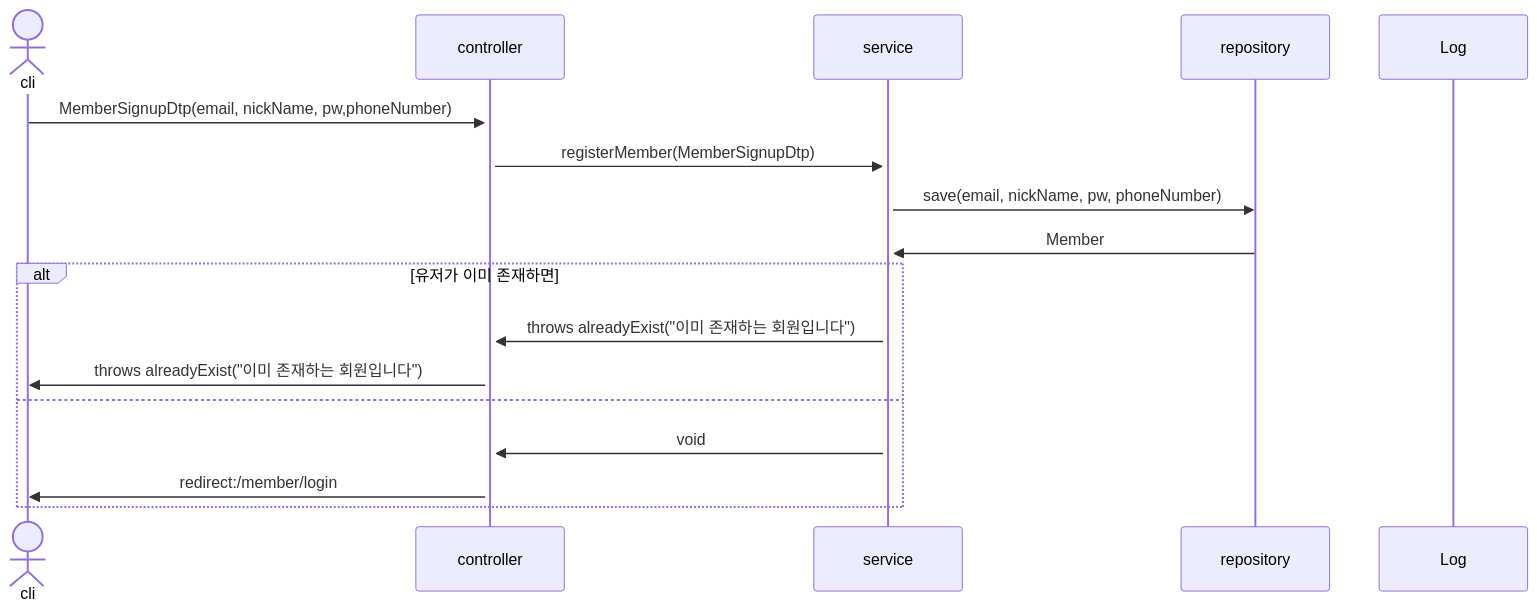
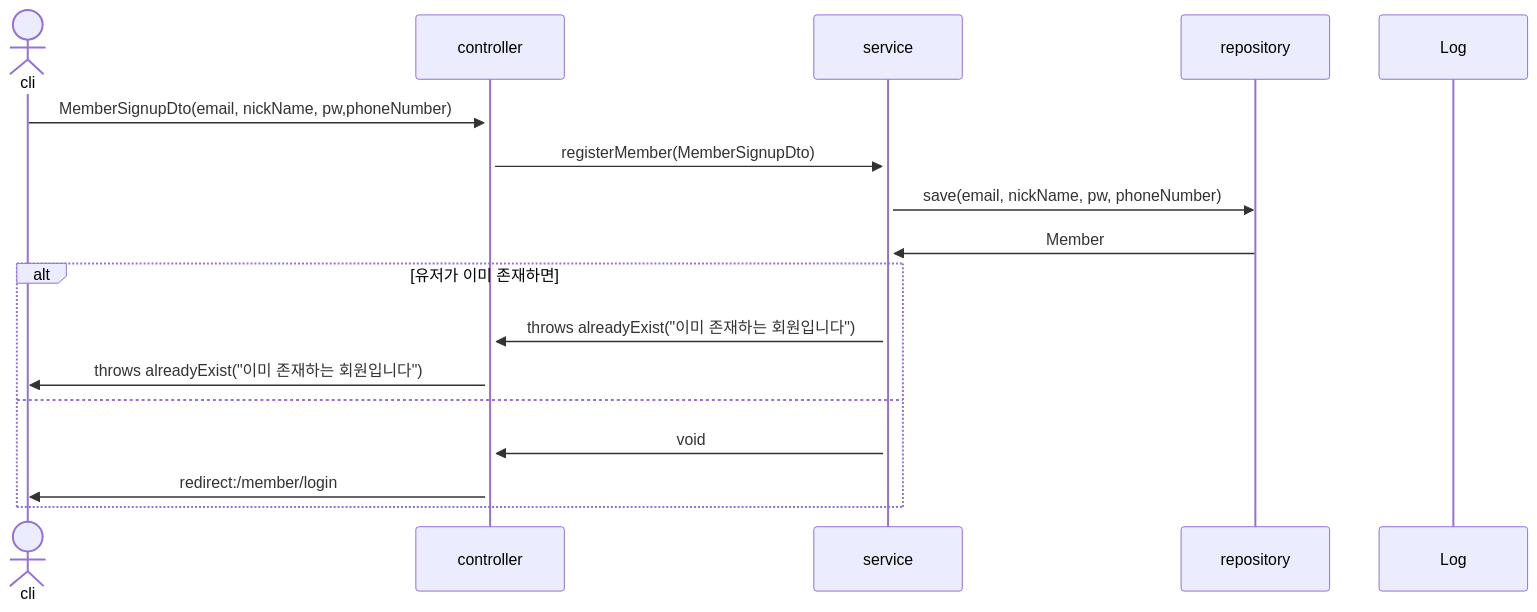
One commit to mtak0235/snsX changed the third of 30 diagrams in sequence.md. Above: the diagram before and after it, drawn with Mermaid. The commit also changed other lines of this file, not shown here.

Commit message:
update settingMemberForm

````diff
--- a/sequence.md
+++ b/sequence.md
@@ -43,21 +43,21 @@
 ```mermaid
 sequenceDiagram
 actor cli
 participant c as controller
 participant s as service
 participant r as repository
 participant l as Log
 
-cli->>+c: MemberSignupDtp(email, nickName, pw,phoneNumber)
-c->>+s: registerMember(MemberSignupDtp)
+cli->>+c: MemberSignupDto(email, nickName, pw,phoneNumber)
+c->>+s: registerMember(MemberSignupDto)
 s->>r: save(email, nickName, pw, phoneNumber)
 r->>s: Member
 alt 유저가 이미 존재하면
 s->>c: throws alreadyExist("이미 존재하는 회원입니다")
 c->>cli: throws alreadyExist("이미 존재하는 회원입니다")
 else
 s->>c: void
 c->>cli: redirect:/member/login
 end
 
 ```
````
